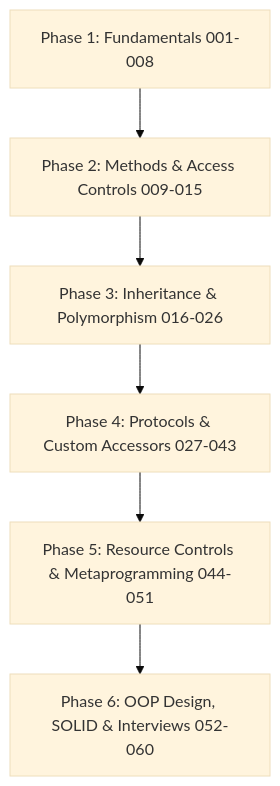
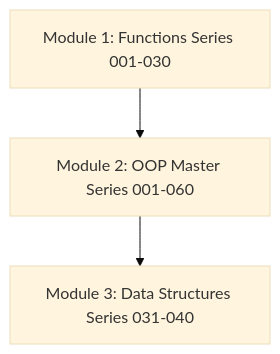
The diagram in README.md (LIKITH-3012-MAC/Complete-Python-3-oops-also-), drawn with Mermaid (base theme) before and after one commit. The commit also changed other lines of this file, not shown here.

Commit message:
Update root README.md with Functions and Data Structures series navigation index

````diff
--- a/README.md
+++ b/README.md
@@ -53,8 +22,5 @@
 ```mermaid
 graph TD
-    A[Phase 1: Fundamentals 001-008] --> B[Phase 2: Methods & Access Controls 009-015]
-    B --> C[Phase 3: Inheritance & Polymorphism 016-026]
-    C --> D[Phase 4: Protocols & Custom Accessors 027-043]
-    D --> E[Phase 5: Resource Controls & Metaprogramming 044-051]
-    E --> F[Phase 6: OOP Design, SOLID & Interviews 052-060]
+    A[Module 1: Functions Series 001-030] --> B[Module 2: OOP Master Series 001-060]
+    B --> C[Module 3: Data Structures Series 031-040]
 ```
````
